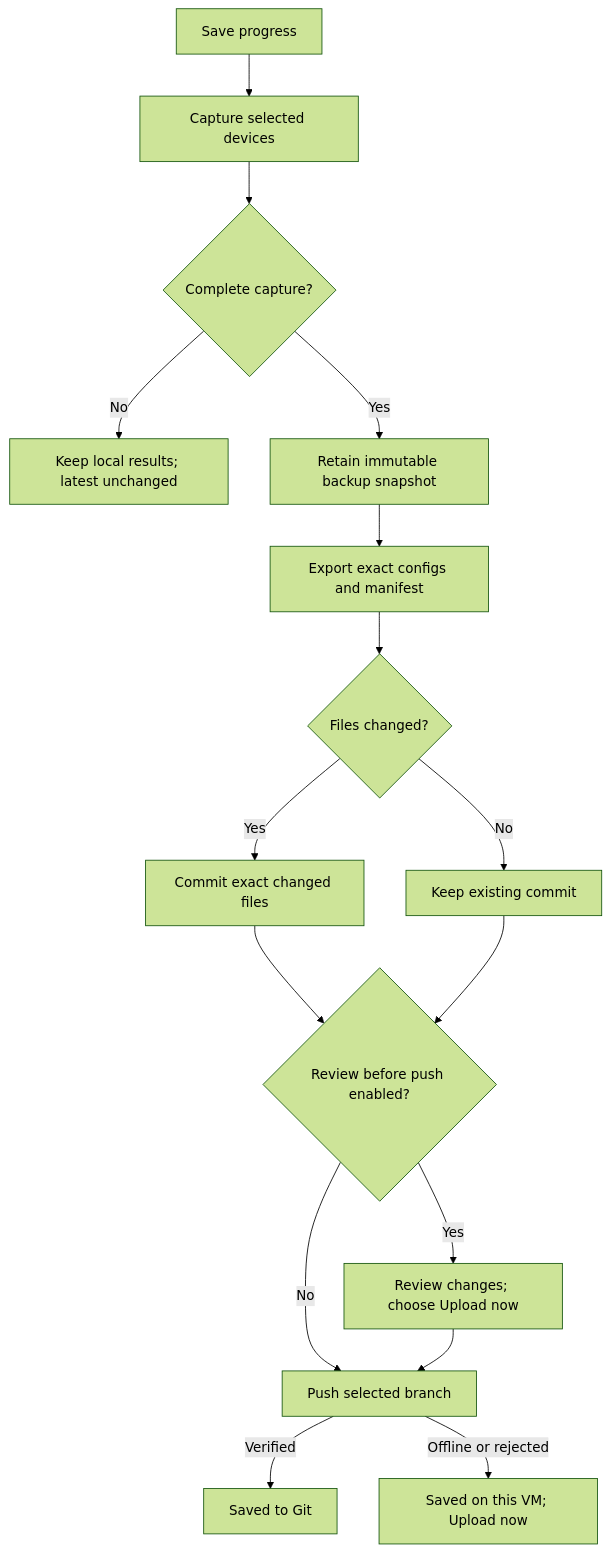
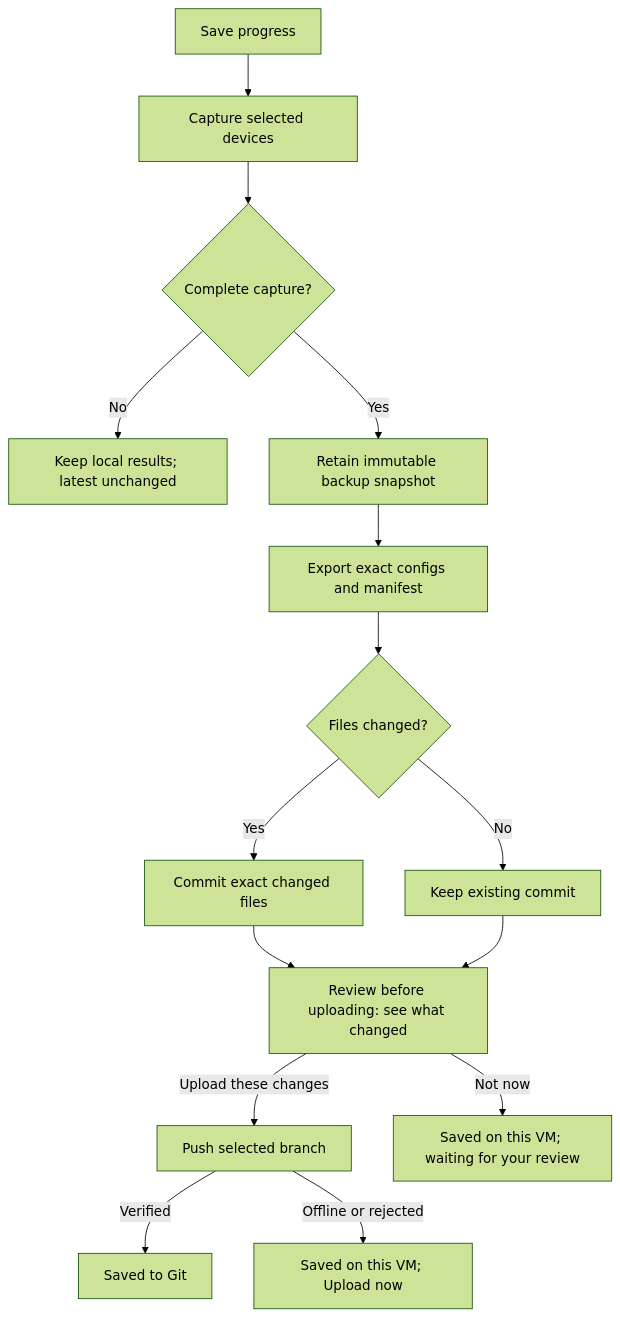
The second of 2 diagrams in docs/WIKI-MASTER-GUIDE.md (ArchRuger/CLAB-BACKUP-WORKER-v2), drawn with Mermaid (forest theme) before and after one commit. The commit also changed other lines of this file and 35 other files, not shown here.

````diff
--- a/docs/WIKI-MASTER-GUIDE.md
+++ b/docs/WIKI-MASTER-GUIDE.md
@@ -1794,18 +1795,17 @@
 ```mermaid
 flowchart TD
     A[Save progress] --> B[Capture selected devices]
     B --> C{Complete capture?}
     C -- No --> D[Keep local results; latest unchanged]
     C -- Yes --> E[Retain immutable backup snapshot]
     E --> F[Export exact configs and manifest]
     F --> G{Files changed?}
     G -- Yes --> K[Commit exact changed files]
     G -- No --> L[Keep existing commit]
-    K --> R{Review before push enabled?}
-    L --> R
-    R -- Yes --> S[Review changes; choose Upload now]
-    R -- No --> H[Push selected branch]
-    S --> H
+    K --> S[Review before uploading: see what changed]
+    L --> S
+    S -- Upload these changes --> H[Push selected branch]
+    S -- Not now --> N[Saved on this VM; waiting for your review]
     H -- Verified --> I[Saved to Git]
     H -- Offline or rejected --> J[Saved on this VM; Upload now]
 ```
````
